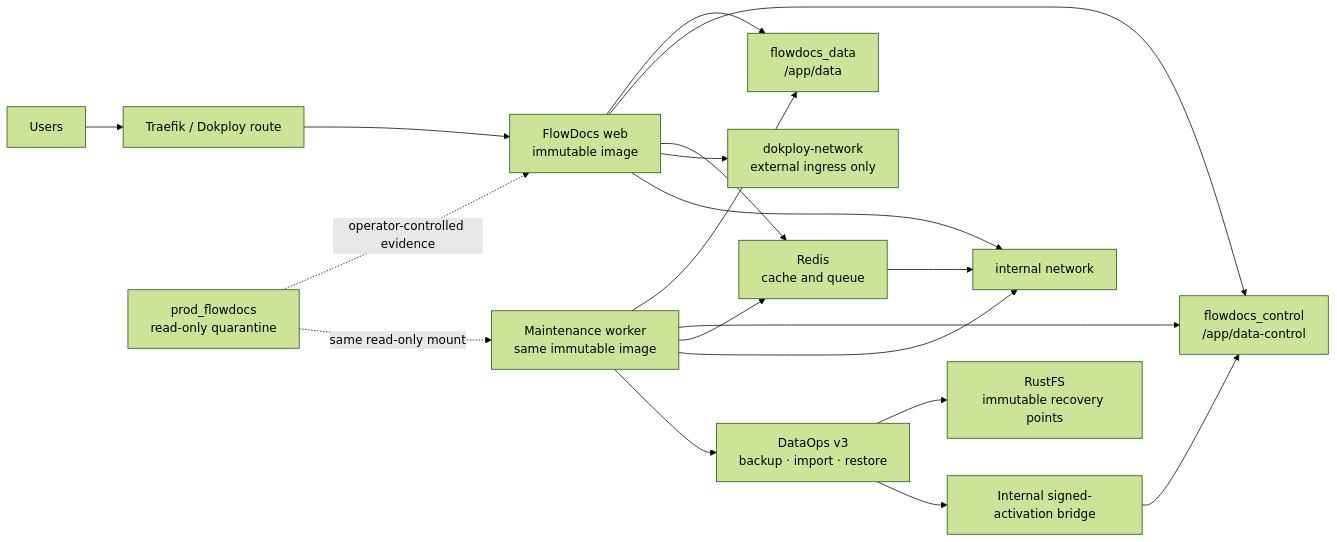
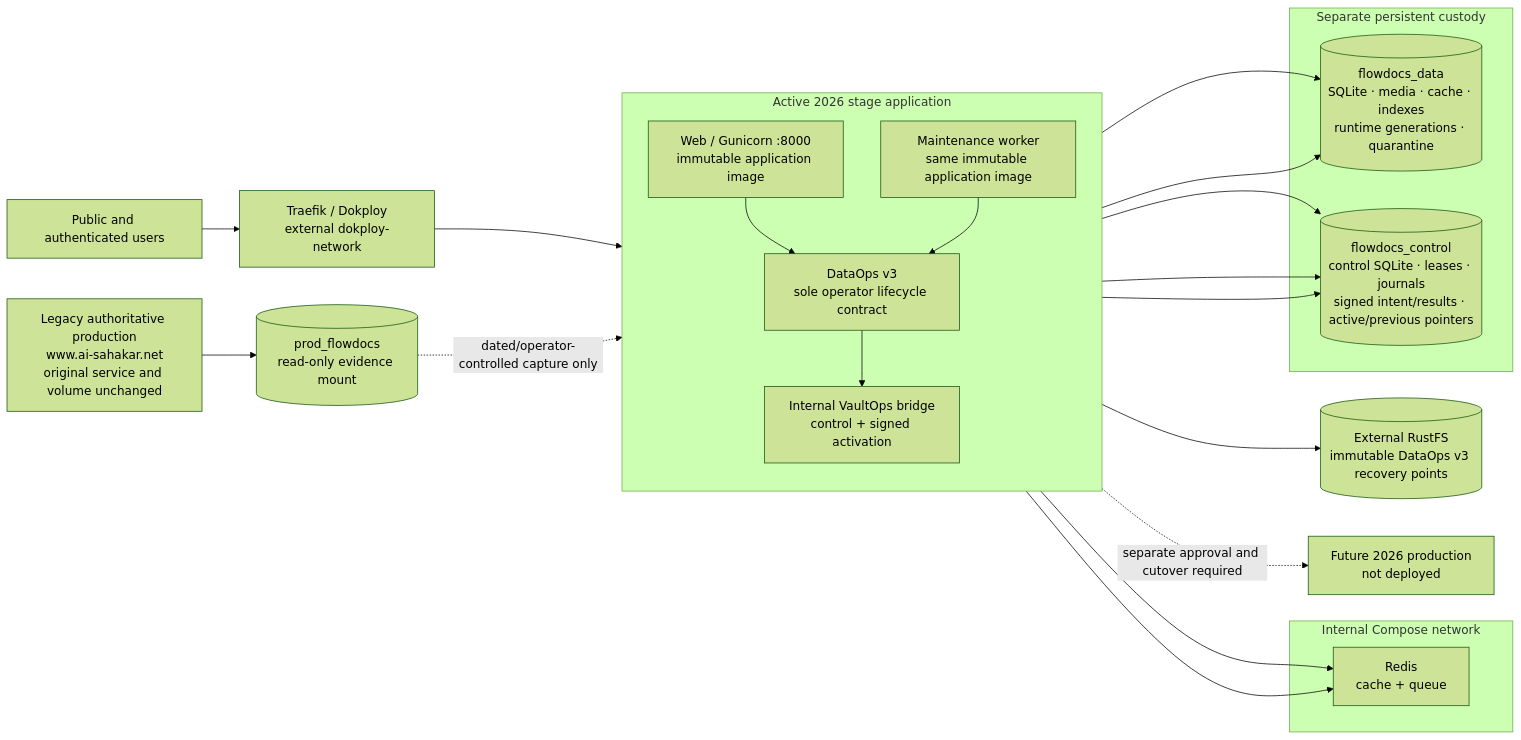
The diagram in docs/diagrams/runtime-topology.mmd (Nimble-esolutions/PdfSearch), drawn with Mermaid (forest theme) before and after one commit. The commit also changed 69 other files, not shown here.

First line of the commit message:
Optimize signed-runtime search latency and answer continuity (#192)

```diff
--- a/docs/diagrams/runtime-topology.mmd
+++ b/docs/diagrams/runtime-topology.mmd
@@ -1,19 +1,42 @@
 flowchart LR
-    users["Users"] --> traefik["Traefik / Dokploy route"]
-    traefik --> web["FlowDocs web\nimmutable image"]
-    worker["Maintenance worker\nsame immutable image"] --> data
-    web --> data["flowdocs_data\n/app/data"]
-    web --> control["flowdocs_control\n/app/data-control"]
+    public["Public and authenticated users"] --> ingress["Traefik / Dokploy<br/>external dokploy-network"]
+
+    subgraph app["Active 2026 stage application"]
+        direction TB
+        web["Web / Gunicorn :8000<br/>immutable application image"]
+        worker["Maintenance worker<br/>same immutable application image"]
+        dataops["DataOps v3<br/>sole operator lifecycle contract"]
+        bridge["Internal VaultOps bridge<br/>control + signed activation"]
+    end
+
+    subgraph private["Internal Compose network"]
+        redis["Redis<br/>cache + queue"]
+    end
+
+    subgraph volumes["Separate persistent custody"]
+        data[("flowdocs_data<br/>SQLite · media · cache · indexes<br/>runtime generations · quarantine")]
+        control[("flowdocs_control<br/>control SQLite · leases · journals<br/>signed intent/results · active/previous pointers")]
+    end
+
+    rustfs[("External RustFS<br/>immutable DataOps v3 recovery points")]
+
+    ingress --> web
+    web --> redis
+    worker --> redis
+    web --> data
+    worker --> data
+    web --> control
     worker --> control
-    web --> redis["Redis\ncache and queue"]
-    worker --> redis
-    legacy["prod_flowdocs\nread-only quarantine"] -.->|operator-controlled evidence| web
-    legacy -.->|same read-only mount| worker
-    web --> ingress["dokploy-network\nexternal ingress only"]
-    web --> internal["internal network"]
-    worker --> internal
-    redis --> internal
-    worker --> dataops["DataOps v3\nbackup · import · restore"]
-    dataops --> rustfs["RustFS\nimmutable recovery points"]
-    dataops --> bridge["Internal signed-activation bridge"]
+    web --> dataops
+    worker --> dataops
+    dataops --> rustfs
+    dataops --> bridge
     bridge --> control
+
+    legacy["Legacy authoritative production<br/>www.ai-sahakar.net<br/>original service and volume unchanged"]
+    legacy_volume[("prod_flowdocs<br/>read-only evidence mount")]
+    legacy --> legacy_volume
+    legacy_volume -. "dated/operator-controlled capture only" .-> dataops
+
+    future["Future 2026 production<br/>not deployed"]
+    app -. "separate approval and cutover required" .-> future
```
